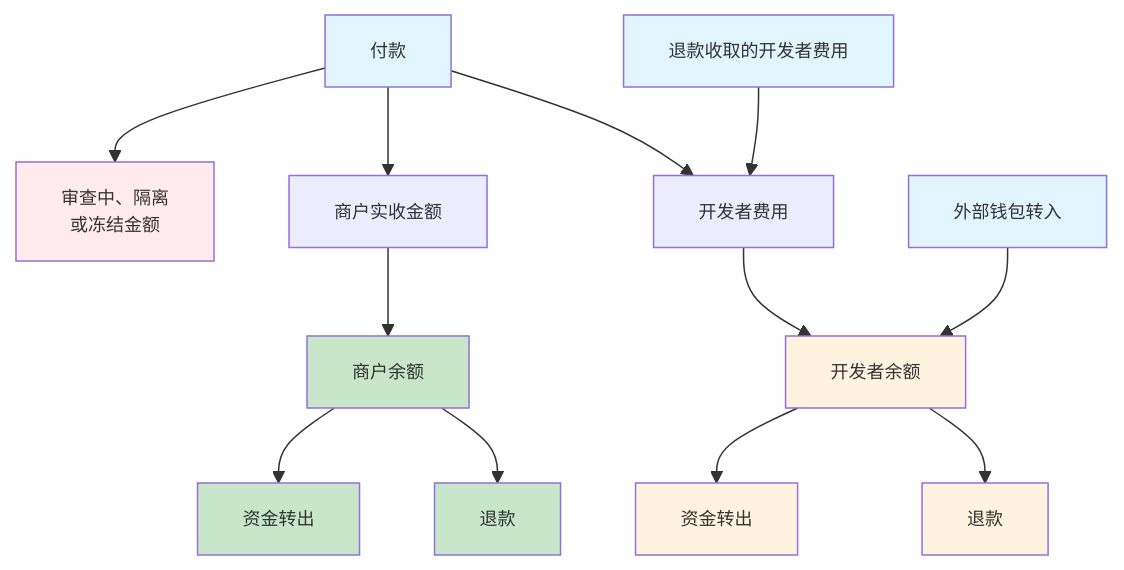
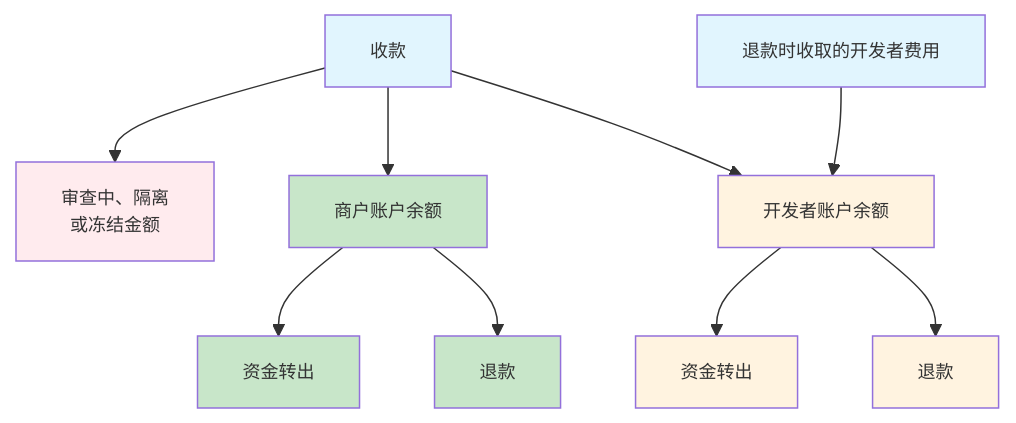
Before and after one commit to CoboGlobal/payments-manual: the fifth of 5 diagrams in payments/cn/guides/amounts-and-balances.mdx, drawn with Mermaid. The commit also changed other lines of this file and 5 other files, not shown here.

````diff
--- a/payments/cn/guides/amounts-and-balances.mdx
+++ b/payments/cn/guides/amounts-and-balances.mdx
@@ -164,32 +158,27 @@
 ```mermaid
 %%{init: {'themeVariables': { 'fontSize': '12px'}}}%%
 graph TD
-    A[付款]
+    A[收款]
     
     A --> L[审查中、隔离<br>或冻结金额]
-    A --> D[商户实收金额]
-    A --> E[开发者费用]
-    
-    D --> F[商户余额]
-    E --> G[开发者余额]
+    A --> F[商户账户余额]
+    A --> G[开发者账户余额]
     
     F --> H[资金转出]
     F --> I[退款]
     
     G --> J[资金转出]
     G --> K[退款]
     
-    M[退款收取的开发者费用] --> E
-    P[外部钱包转入] --> G
+    M[退款时收取的开发者费用] --> G
     
     style A fill:#e1f5fe
     style F fill:#c8e6c9
     style G fill:#fff3e0
     style H fill:#c8e6c9
     style I fill:#c8e6c9
     style J fill:#fff3e0
     style K fill:#fff3e0
     style M fill:#e1f5fe
     style L fill:#ffebee
-    style P fill:#e1f5fe
 ```
````
